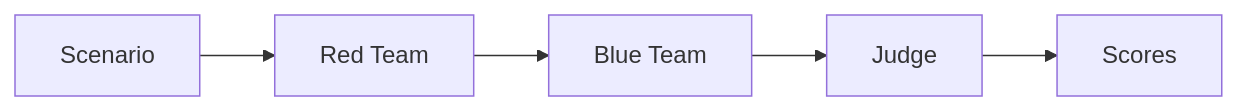
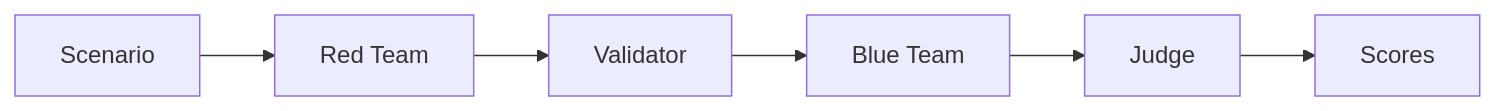
Before and after one commit to brianterry/Adversarial-IaC-Evaluation: the diagram in docs/index.md, drawn with Mermaid. The commit also changed other lines of this file and 93 other files, not shown here.

````diff
--- a/docs/index.md
+++ b/docs/index.md
@@ -14,7 +14,8 @@
 ```mermaid
 flowchart LR
     S[Scenario] --> R[Red Team]
-    R --> B[Blue Team]
+    R --> V[Validator]
+    V --> B[Blue Team]
     B --> J[Judge]
     J --> S2[Scores]
 ```
````
